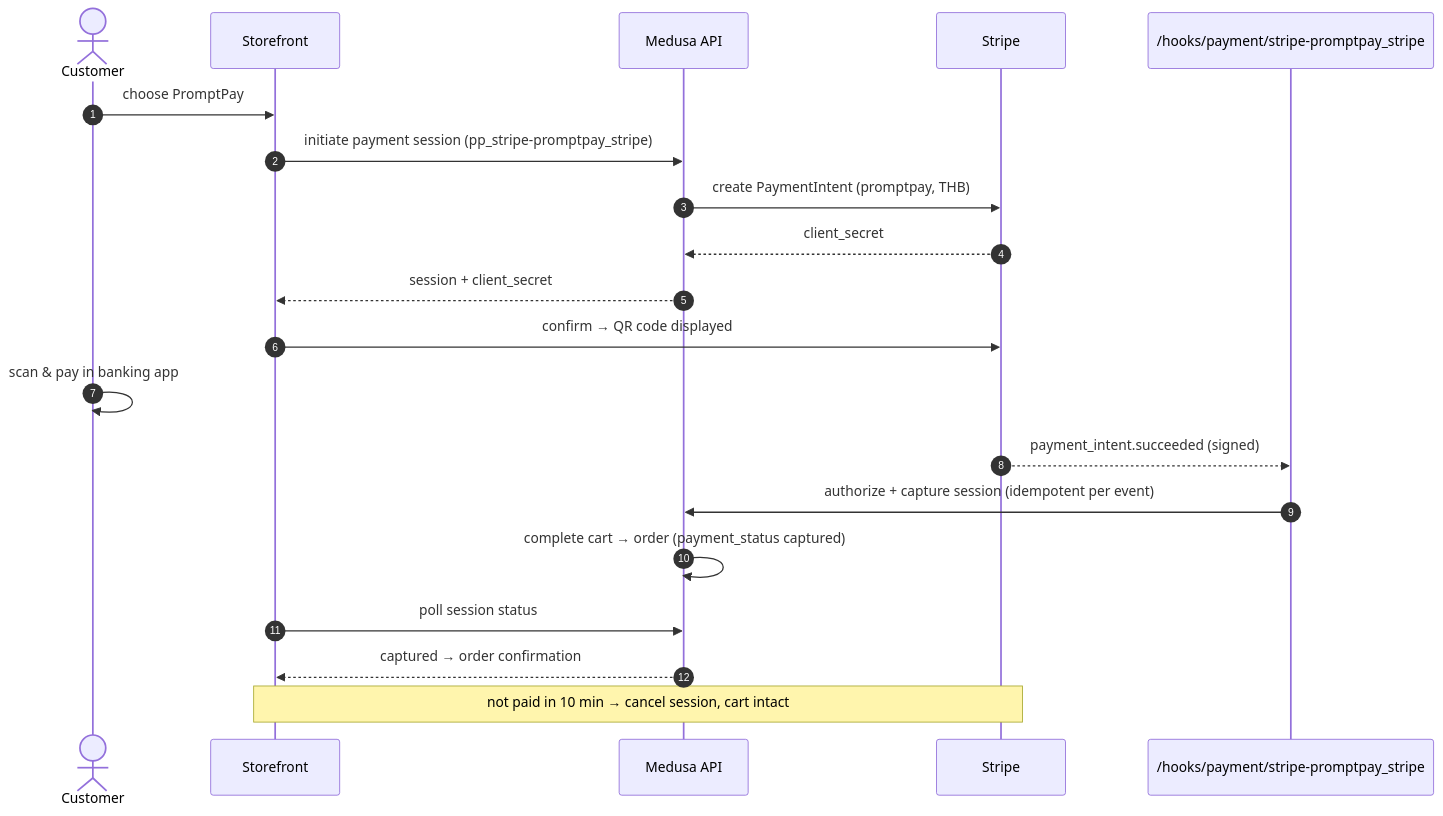
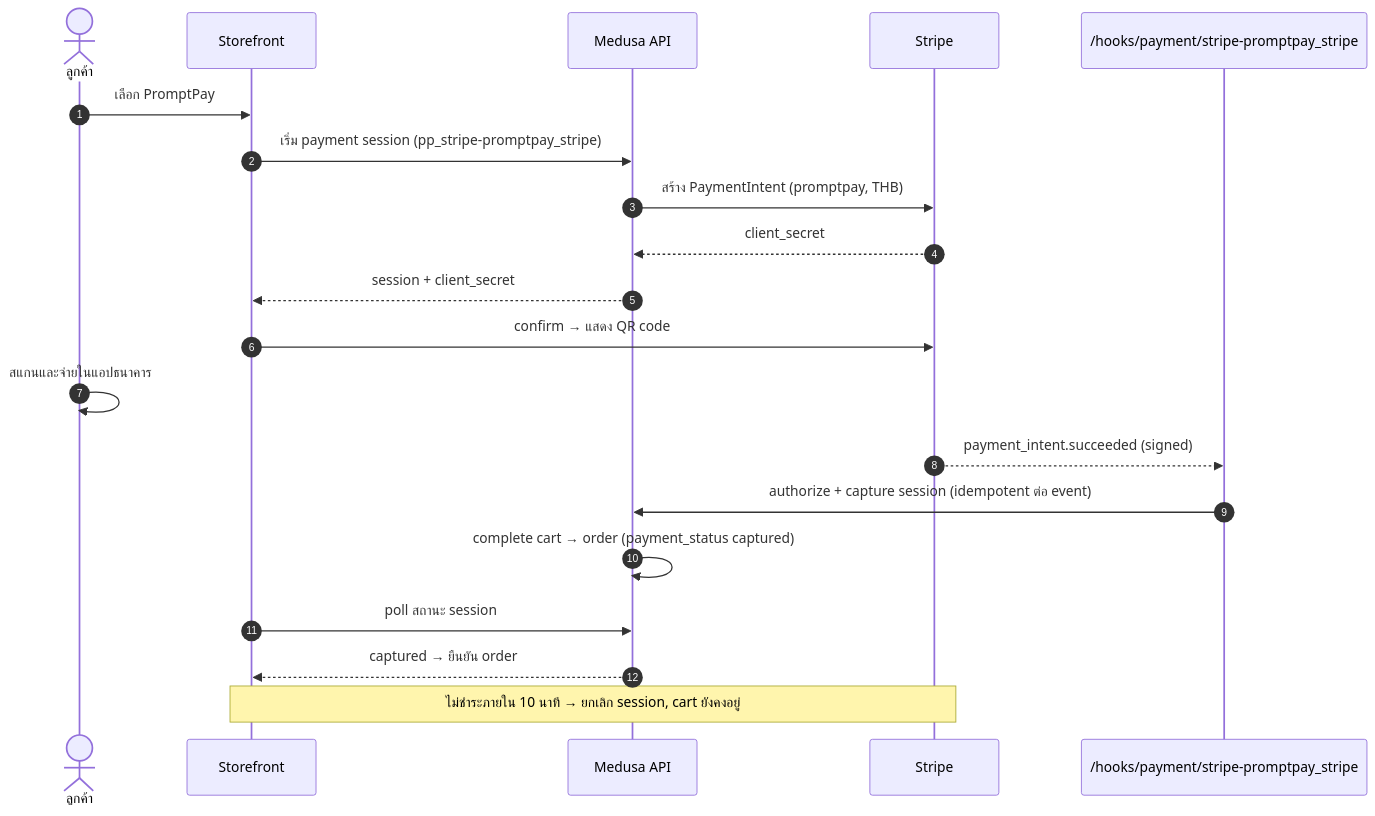
Before and after one commit to techpowerdev/medusa-ecom: the seventh of 7 diagrams in docs/design/sequence-diagrams.md, drawn with Mermaid. The commit also changed other lines of this file and 25 other files, not shown here.

````diff
--- a/docs/design/sequence-diagrams.md
+++ b/docs/design/sequence-diagrams.md
@@ -178,23 +178,23 @@
 ```mermaid
 sequenceDiagram
   autonumber
-  actor C as Customer
+  actor C as ลูกค้า
   participant SF as Storefront
   participant API as Medusa API
   participant ST as Stripe
   participant WH as /hooks/payment/stripe-promptpay_stripe
 
-  C->>SF: choose PromptPay
-  SF->>API: initiate payment session (pp_stripe-promptpay_stripe)
-  API->>ST: create PaymentIntent (promptpay, THB)
+  C->>SF: เลือก PromptPay
+  SF->>API: เริ่ม payment session (pp_stripe-promptpay_stripe)
+  API->>ST: สร้าง PaymentIntent (promptpay, THB)
   ST-->>API: client_secret
   API-->>SF: session + client_secret
-  SF->>ST: confirm → QR code displayed
-  C->>C: scan & pay in banking app
+  SF->>ST: confirm → แสดง QR code
+  C->>C: สแกนและจ่ายในแอปธนาคาร
   ST-->>WH: payment_intent.succeeded (signed)
-  WH->>API: authorize + capture session (idempotent per event)
+  WH->>API: authorize + capture session (idempotent ต่อ event)
   API->>API: complete cart → order (payment_status captured)
-  SF->>API: poll session status
-  API-->>SF: captured → order confirmation
-  Note over SF,ST: not paid in 10 min → cancel session, cart intact
+  SF->>API: poll สถานะ session
+  API-->>SF: captured → ยืนยัน order
+  Note over SF,ST: ไม่ชำระภายใน 10 นาที → ยกเลิก session, cart ยังคงอยู่
 ```
````
